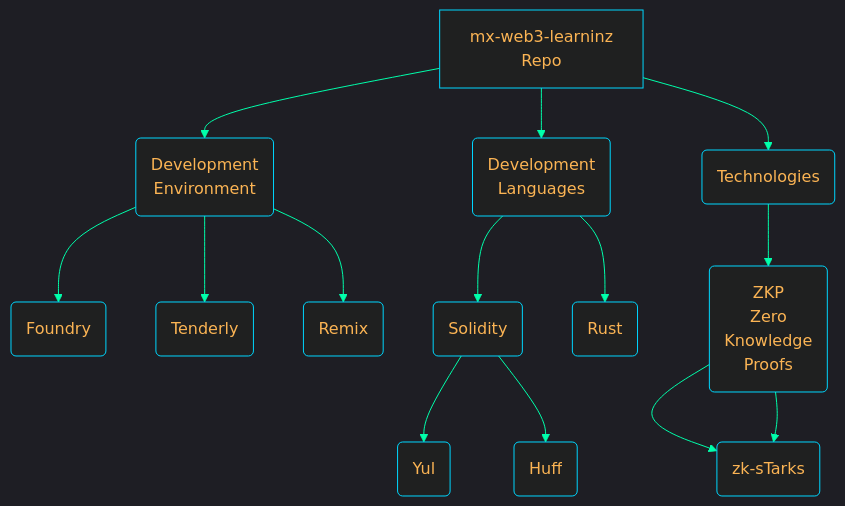
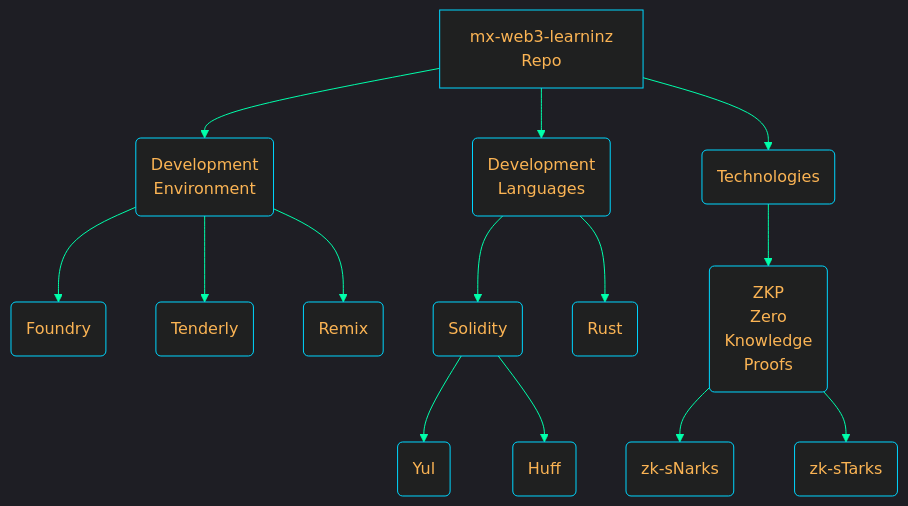
Before and after one commit to m0ham3dx/mx-web3-learninz: the second of 3 diagrams in README.md, drawn with Mermaid. The commit also changed other lines of this file, not shown here.

Commit message:
corrections

````diff
--- a/README.md
+++ b/README.md
@@ -46,25 +46,25 @@
 ```mermaid 
 graph TD
     %%{init: {'theme':'dark', 'themeVariables':{'textColor':'#FBB454', 'nodeBorder':'#00D7FF', 'lineColor':'#00FFAB'}}}%% 
     %% Main Tree
     A[mx-web3-learninz <br> Repo] --> A1(Development<br>Environment)
     A --> A2(Development<br>Languages)
     A --> A3(Technologies)
 
     %% A1 Subviisions 
     A1 --> A1A(Foundry)
     A1 --> A1B(Tenderly)
     A1 --> A1C(Remix)
 
     %% A2 Subdivisons 
     A2 --> A2A(Solidity)
     A2A --> A2AA(Yul)
     A2A --> A2AB(Huff)
     A2 --> A2B(Rust)
 
     %% A3 Subdivisions
     A3 --> A31(ZKP<br>Zero<br>Knowledge<br>Proofs)
     A31 --> A32(zk-sNarks)
-    A31 --> A32(zk-sTarks)
+    A31 --> A33(zk-sTarks)
 
 ```
````
